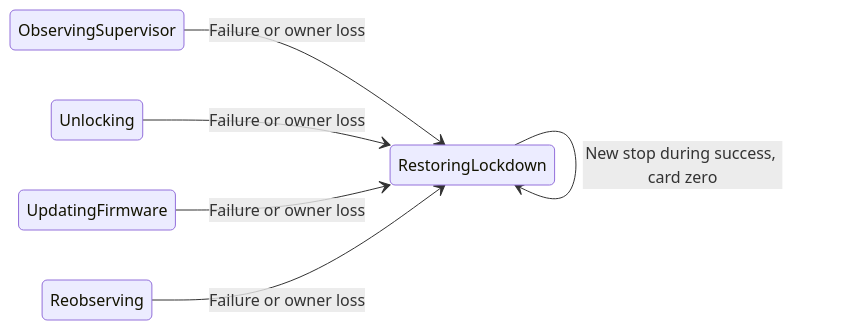
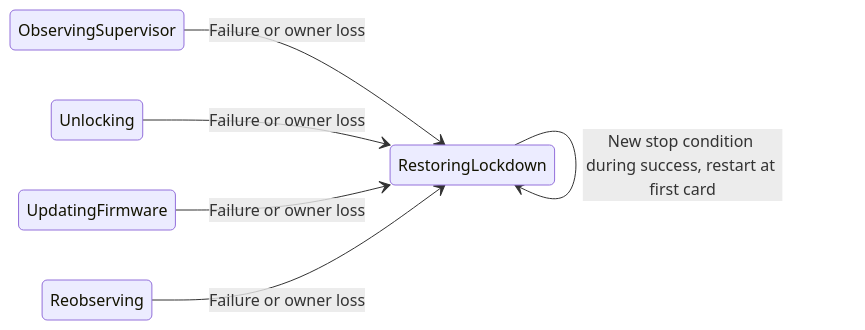
The sixth of 19 diagrams in docs/architecture/state_machines/managedhost.md (dsx-ai-factory/infra-controller), drawn with Mermaid before and after one commit. The commit also changed other lines of this file and 3 other files, not shown here.

````diff
--- a/docs/architecture/state_machines/managedhost.md
+++ b/docs/architecture/state_machines/managedhost.md
@@ -178,15 +263,15 @@
 ```mermaid
 stateDiagram-v2
     direction LR
     state "ObservingSupervisor" as Observe
     state "Unlocking" as Unlock
     state "UpdatingFirmware" as Update
     state "Reobserving" as Inventory
     state "RestoringLockdown" as Restore
 
     Observe --> Restore : Failure or owner loss
     Unlock --> Restore : Failure or owner loss
     Update --> Restore : Failure or owner loss
     Inventory --> Restore : Failure or owner loss
-    Restore --> Restore : New stop during success, card zero
+    Restore --> Restore : New stop condition during success, restart at first card
 ```
````
